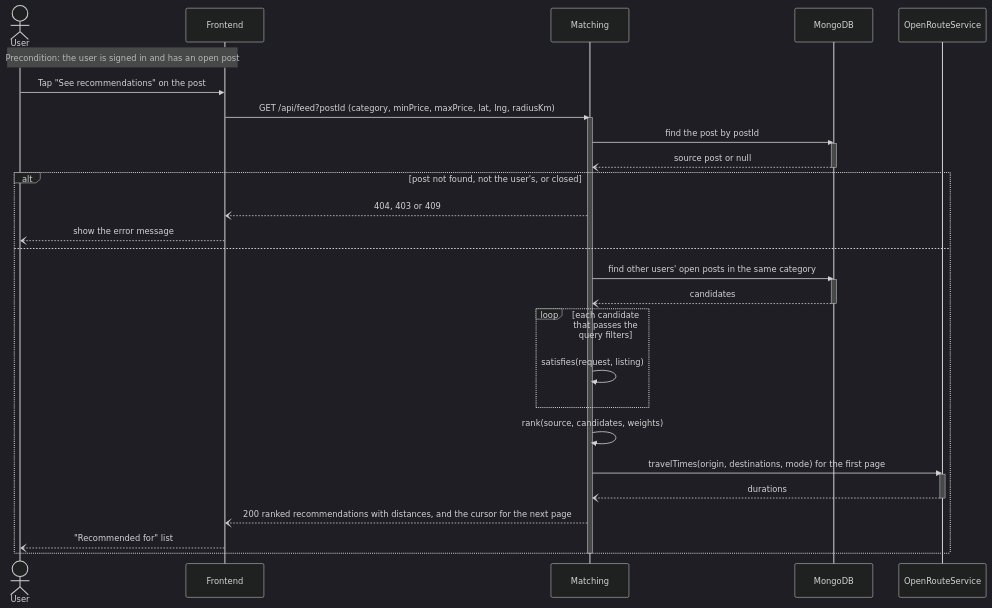
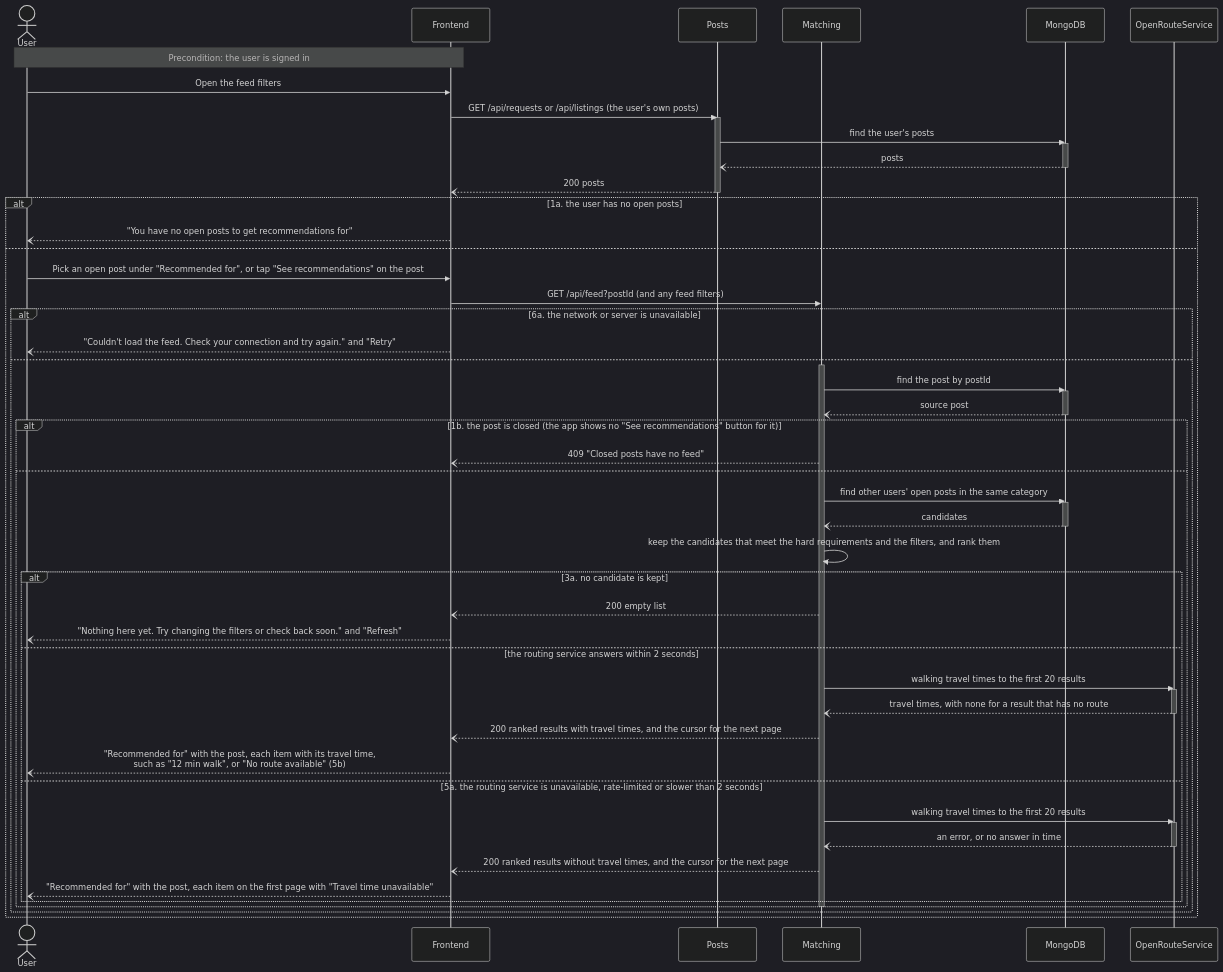
Before and after one commit to UBC-CPEN-V-321/W2026: the fourth of 6 diagrams in documentation/Requirements_and_Design.md, drawn with Mermaid (dark theme). The commit also changed other lines of this file and 1 other file, not shown here.

First line of the commit message:
docs: record the CP3 peer reviews and show every failure in the sequence diagrams (#214)

````diff
--- a/documentation/Requirements_and_Design.md
+++ b/documentation/Requirements_and_Design.md
@@ -578,36 +609,62 @@
 ```mermaid
 sequenceDiagram
     actor U as User
     participant FE as Frontend
+    participant P as Posts
     participant M as Matching
     participant DB as MongoDB
     participant ORS as OpenRouteService
-    Note over U,FE: Precondition: the user is signed in and has an open post
-    U->>FE: Tap "See recommendations" on the post
-    FE->>M: GET /api/feed?postId (category, minPrice, maxPrice, lat, lng, radiusKm)
-    activate M
-    M->>DB: find the post by postId
+    Note over U,FE: Precondition: the user is signed in
+    U->>FE: Open the feed filters
+    FE->>P: GET /api/requests or /api/listings (the user's own posts)
+    activate P
+    P->>DB: find the user's posts
     activate DB
-    DB--)M: source post or null
+    DB--)P: posts
     deactivate DB
-    alt post not found, not the user's, or closed
-        M--)FE: 404, 403 or 409
-        FE--)U: show the error message
+    P--)FE: 200 posts
+    deactivate P
+    alt 1a. the user has no open posts
+        FE--)U: "You have no open posts to get recommendations for"
     else
-        M->>DB: find other users' open posts in the same category
-        activate DB
-        DB--)M: candidates
-        deactivate DB
-        loop each candidate that passes the query filters
-            M->>M: satisfies(request, listing)
+        U->>FE: Pick an open post under "Recommended for", or tap "See recommendations" on the post
+        FE->>M: GET /api/feed?postId (and any feed filters)
+        alt 6a. the network or server is unavailable
+            FE--)U: "Couldn't load the feed. Check your connection and try again." and "Retry"
+        else
+            activate M
+            M->>DB: find the post by postId
+            activate DB
+            DB--)M: source post
+            deactivate DB
+            alt 1b. the post is closed (the app shows no "See recommendations" button for it)
+                M--)FE: 409 "Closed posts have no feed"
+            else
+                M->>DB: find other users' open posts in the same category
+                activate DB
+                DB--)M: candidates
+                deactivate DB
+                M->>M: keep the candidates that meet the hard requirements and the filters, and rank them
+                alt 3a. no candidate is kept
+                    M--)FE: 200 empty list
+                    FE--)U: "Nothing here yet. Try changing the filters or check back soon." and "Refresh"
+                else the routing service answers within 2 seconds
+                    M->>ORS: walking travel times to the first 20 results
+                    activate ORS
+                    ORS--)M: travel times, with none for a result that has no route
+                    deactivate ORS
+                    M--)FE: 200 ranked results with travel times, and the cursor for the next page
+                    FE--)U: "Recommended for" with the post, each item with its travel time,<br/>such as "12 min walk", or "No route available" (5b)
+                else 5a. the routing service is unavailable, rate-limited or slower than 2 seconds
+                    M->>ORS: walking travel times to the first 20 results
+                    activate ORS
+                    ORS--)M: an error, or no answer in time
+                    deactivate ORS
+                    M--)FE: 200 ranked results without travel times, and the cursor for the next page
+                    FE--)U: "Recommended for" with the post, each item on the first page with "Travel time unavailable"
+                end
+            end
+            deactivate M
         end
-        M->>M: rank(source, candidates, weights)
-        M->>ORS: travelTimes(origin, destinations, mode) for the first page
-        activate ORS
-        ORS--)M: durations
-        deactivate ORS
-        M--)FE: 200 ranked recommendations with distances, and the cursor for the next page
-        FE--)U: "Recommended for" list
     end
-    deactivate M
 ```
````
